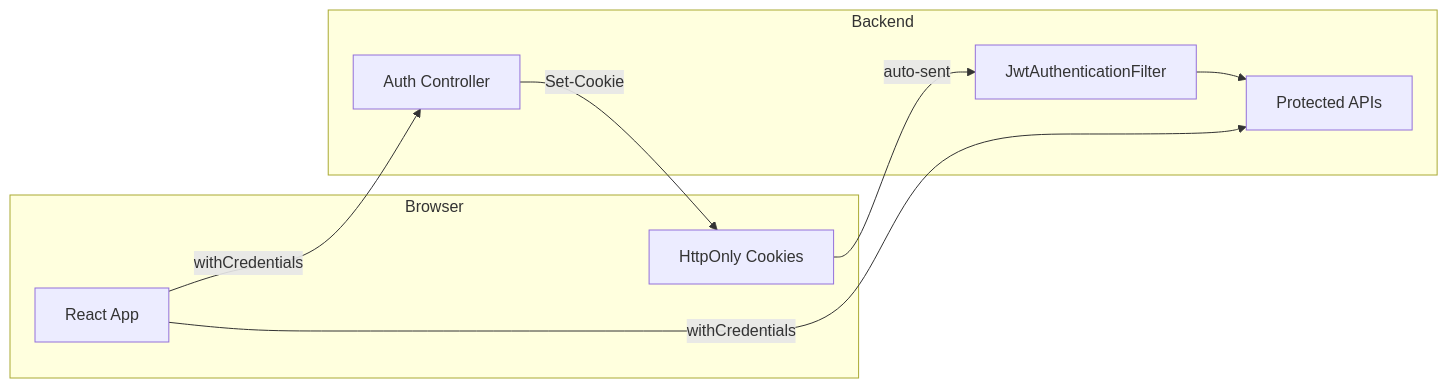
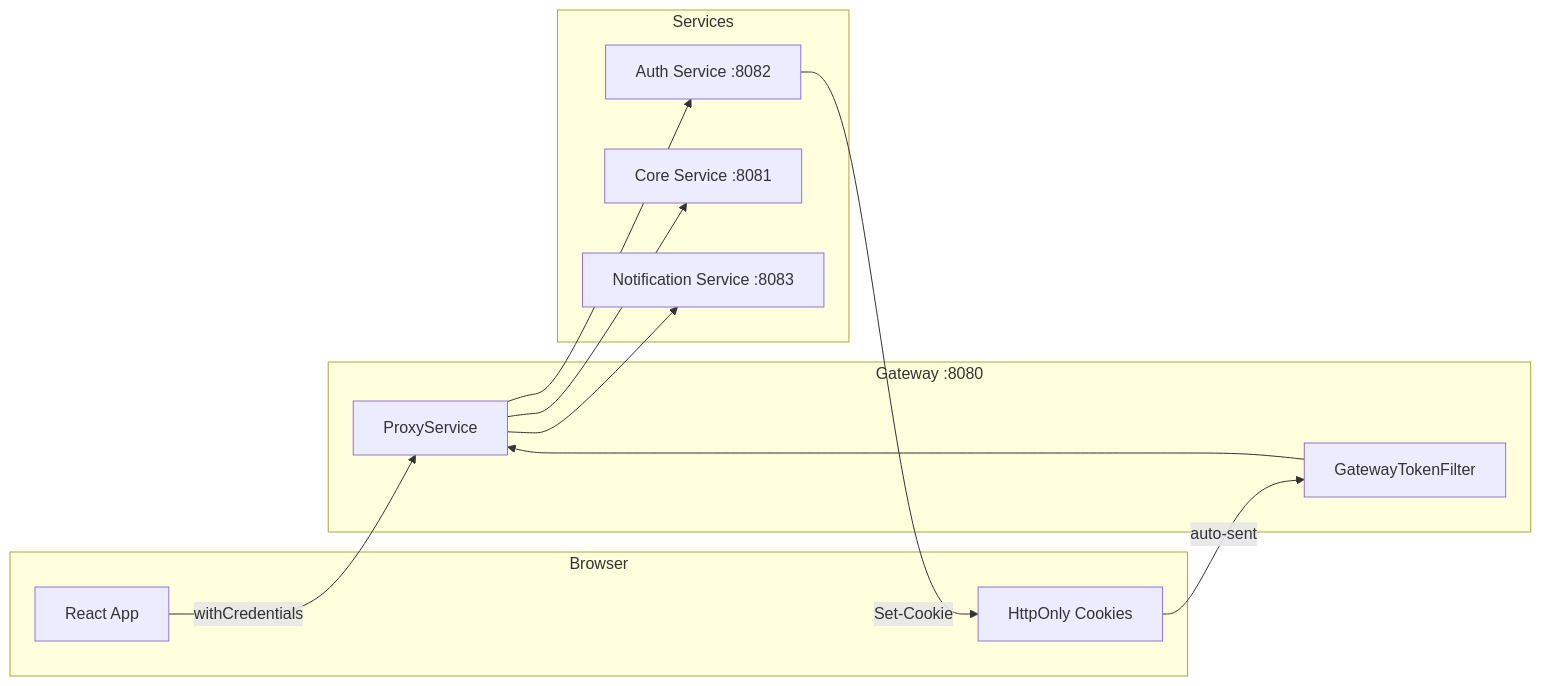
The first of 7 diagrams in docs/authentication_flow.md (gnl-org/workhub), drawn with Mermaid before and after one commit. The commit also changed other lines of this file, not shown here.

Commit message:
update auth flow doc

````diff
--- a/docs/authentication_flow.md
+++ b/docs/authentication_flow.md
@@ -21,17 +21,23 @@
 ```mermaid
 flowchart LR
     subgraph Browser
         UI[React App]
         Cookies[HttpOnly Cookies]
     end
-    subgraph Backend
-        Filter[JwtAuthenticationFilter]
-        Auth[Auth Controller]
-        API[Protected APIs]
+    subgraph Gateway [Gateway :8080]
+        JWT[GatewayTokenFilter]
+        Proxy[ProxyService]
     end
-    UI -->|withCredentials| Auth
-    UI -->|withCredentials| API
+    subgraph Services
+        Auth[Auth Service :8082]
+        Core[Core Service :8081]
+        Notif[Notification Service :8083]
+    end
+    UI -->|withCredentials| Proxy
+    Proxy --> Auth
+    Proxy --> Core
+    Proxy --> Notif
     Auth -->|Set-Cookie| Cookies
-    Cookies -->|auto-sent| Filter
-    Filter --> API
+    Cookies -->|auto-sent| JWT
+    JWT --> Proxy
 ```
````
